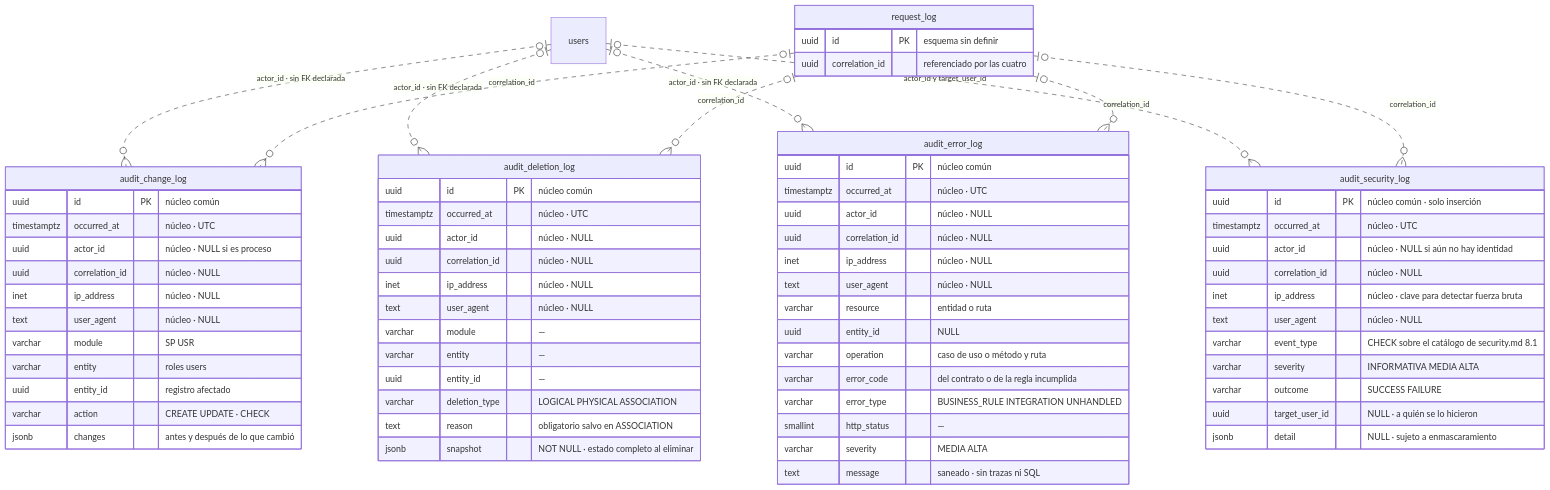
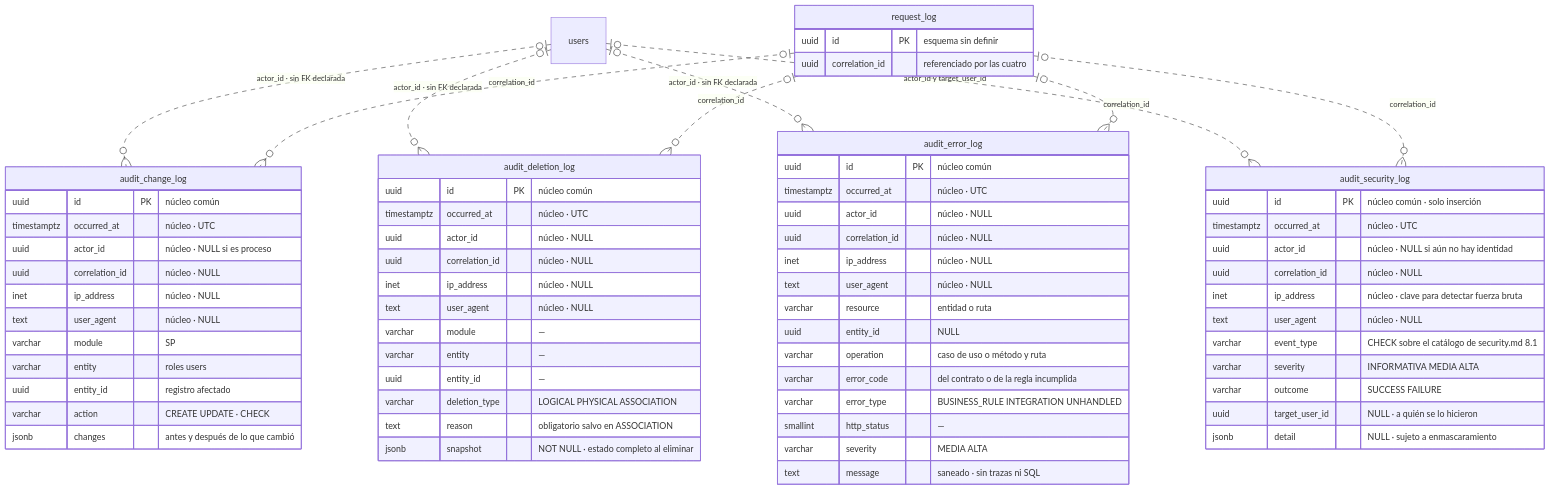
The third of 4 diagrams in docs/modelo-datos.md (NexusPro-Dev/backend), drawn with Mermaid before and after one commit. The commit also changed other lines of this file and 77 other files, not shown here.

````diff
--- a/docs/modelo-datos.md
+++ b/docs/modelo-datos.md
@@ -153,76 +162,76 @@
 ```mermaid
 erDiagram
     users |o..o{ audit_change_log : "actor_id · sin FK declarada"
     users |o..o{ audit_deletion_log : "actor_id · sin FK declarada"
     users |o..o{ audit_error_log : "actor_id · sin FK declarada"
     users |o..o{ audit_security_log : "actor_id y target_user_id"
     request_log |o..o{ audit_change_log : "correlation_id"
     request_log |o..o{ audit_deletion_log : "correlation_id"
     request_log |o..o{ audit_error_log : "correlation_id"
     request_log |o..o{ audit_security_log : "correlation_id"
 
     audit_change_log {
         uuid id PK "núcleo común"
         timestamptz occurred_at "núcleo · UTC"
         uuid actor_id "núcleo · NULL si es proceso"
         uuid correlation_id "núcleo · NULL"
         inet ip_address "núcleo · NULL"
         text user_agent "núcleo · NULL"
-        varchar module "SP USR"
+        varchar module "SP"
         varchar entity "roles users"
         uuid entity_id "registro afectado"
         varchar action "CREATE UPDATE · CHECK"
         jsonb changes "antes y después de lo que cambió"
     }
 
     audit_deletion_log {
         uuid id PK "núcleo común"
         timestamptz occurred_at "núcleo · UTC"
         uuid actor_id "núcleo · NULL"
         uuid correlation_id "núcleo · NULL"
         inet ip_address "núcleo · NULL"
         text user_agent "núcleo · NULL"
         varchar module "—"
         varchar entity "—"
         uuid entity_id "—"
         varchar deletion_type "LOGICAL PHYSICAL ASSOCIATION"
         text reason "obligatorio salvo en ASSOCIATION"
         jsonb snapshot "NOT NULL · estado completo al eliminar"
     }
 
     audit_error_log {
         uuid id PK "núcleo común"
         timestamptz occurred_at "núcleo · UTC"
         uuid actor_id "núcleo · NULL"
         uuid correlation_id "núcleo · NULL"
         inet ip_address "núcleo · NULL"
         text user_agent "núcleo · NULL"
         varchar resource "entidad o ruta"
         uuid entity_id "NULL"
         varchar operation "caso de uso o método y ruta"
         varchar error_code "del contrato o de la regla incumplida"
         varchar error_type "BUSINESS_RULE INTEGRATION UNHANDLED"
         smallint http_status "—"
         varchar severity "MEDIA ALTA"
         text message "saneado · sin trazas ni SQL"
     }
 
     audit_security_log {
         uuid id PK "núcleo común · solo inserción"
         timestamptz occurred_at "núcleo · UTC"
         uuid actor_id "núcleo · NULL si aún no hay identidad"
         uuid correlation_id "núcleo · NULL"
         inet ip_address "núcleo · clave para detectar fuerza bruta"
         text user_agent "núcleo · NULL"
         varchar event_type "CHECK sobre el catálogo de security.md 8.1"
         varchar severity "INFORMATIVA MEDIA ALTA"
         varchar outcome "SUCCESS FAILURE"
         uuid target_user_id "NULL · a quién se lo hicieron"
         jsonb detail "NULL · sujeto a enmascaramiento"
     }
 
     request_log {
         uuid id PK "esquema sin definir"
         uuid correlation_id "referenciado por las cuatro"
     }
 ```
````
